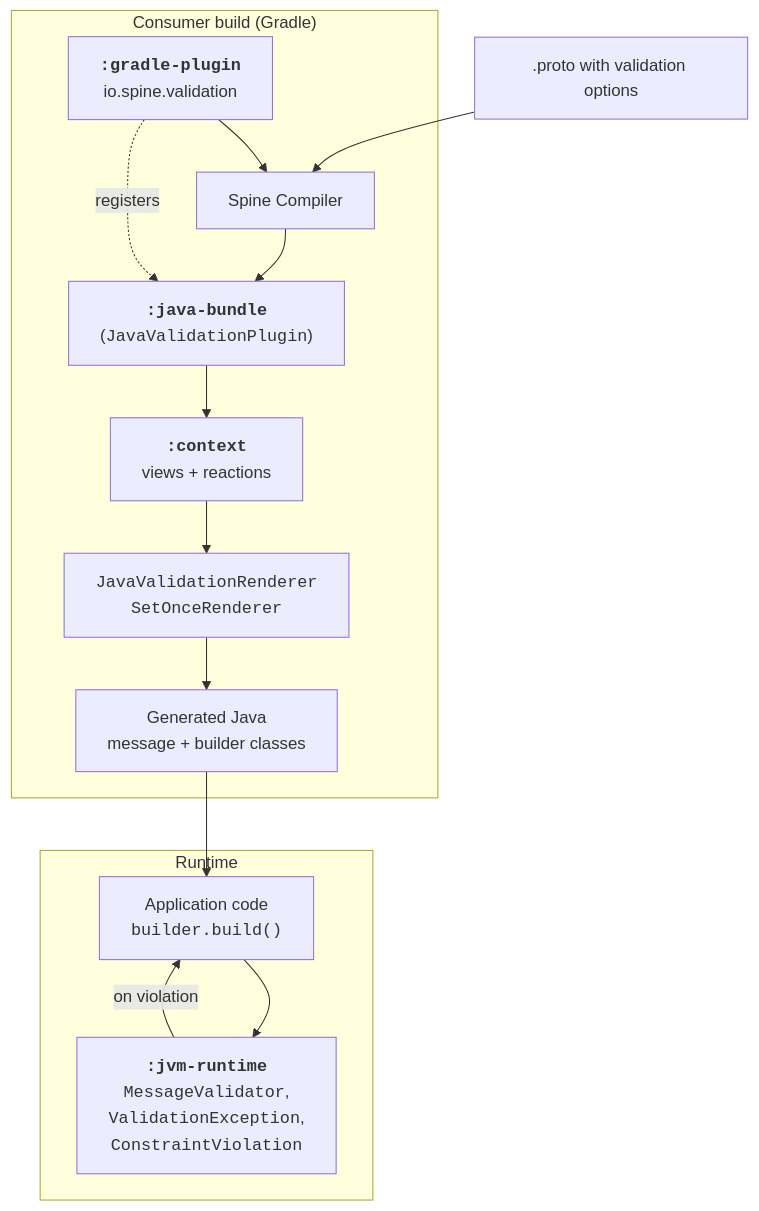
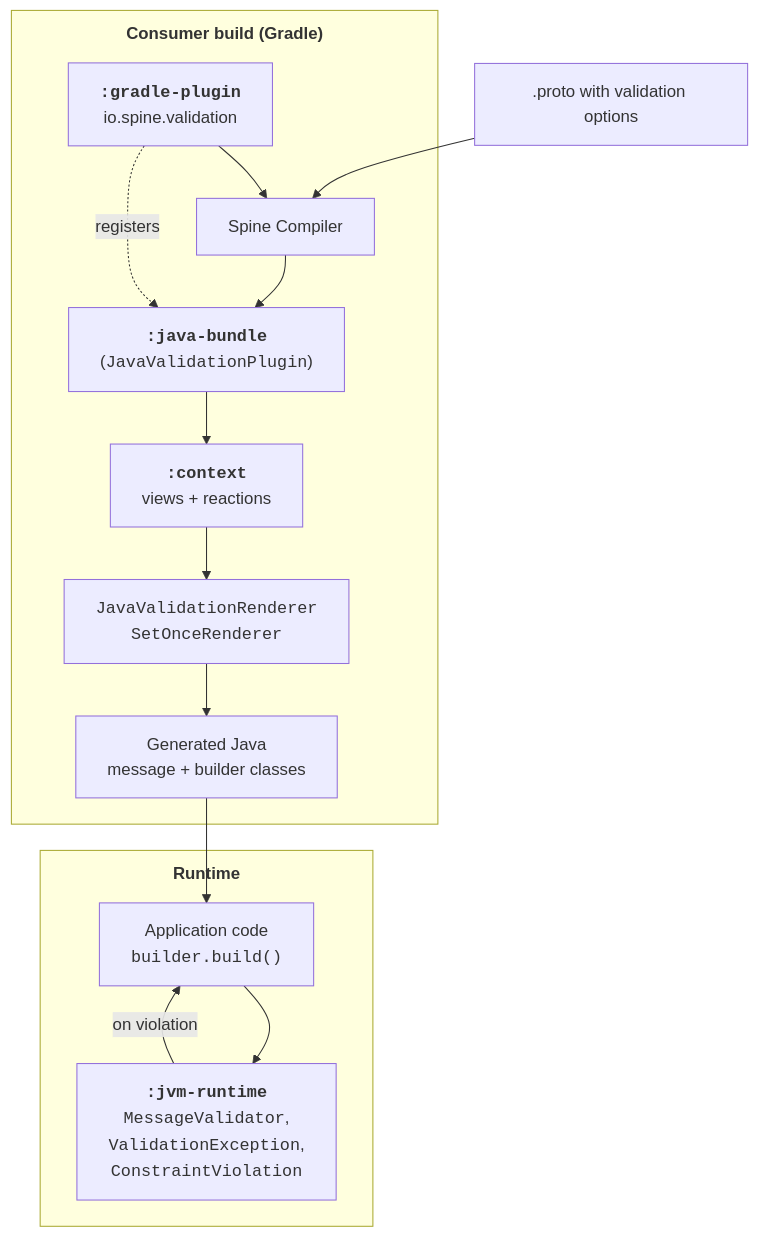
The diagram in docs/content/docs/validation/06-developers-guide/architecture.md (SpineEventEngine/validation), drawn with Mermaid before and after one commit.

Commit message:
Improve margins on the architecture diagram

````diff
--- a/docs/content/docs/validation/06-developers-guide/architecture.md
+++ b/docs/content/docs/validation/06-developers-guide/architecture.md
@@ -167,27 +167,28 @@
 ```mermaid
+%%{init: {"flowchart": {"subGraphTitleMargin": {"top": 10, "bottom": 15}}}}%%
 flowchart TD
     proto[".proto with validation options"]
-    subgraph build["Consumer build (Gradle)"]
+    subgraph build["<b>Consumer build (Gradle)</b>"]
         gradle["<b><code>:gradle-plugin</code></b><br/>io.spine.validation"]
         compiler["Spine Compiler"]
         bundle["<b><code>:java-bundle</code></b><br/>(<code>JavaValidationPlugin</code>)"]
         ctx["<b><code>:context</code></b><br/>views + reactions"]
         renderers["<code>JavaValidationRenderer</code><br/><code>SetOnceRenderer</code>"]
         gen["Generated Java<br/>message + builder classes"]
     end
-    subgraph rt["Runtime"]
+    subgraph rt["<b>Runtime</b>"]
         runtime["<b><code>:jvm-runtime</code></b><br/><code>MessageValidator</code>,<br/><code>ValidationException</code>,<br/><code>ConstraintViolation</code>"]
         app["Application code<br/><code>builder.build()</code>"]
     end
 
     proto --> compiler
     gradle --> compiler
     gradle -. registers .-> bundle
     compiler --> bundle
     bundle --> ctx
     ctx --> renderers
     renderers --> gen
     gen --> app
     app --> runtime
     runtime -- on violation --> app
 ```
````
